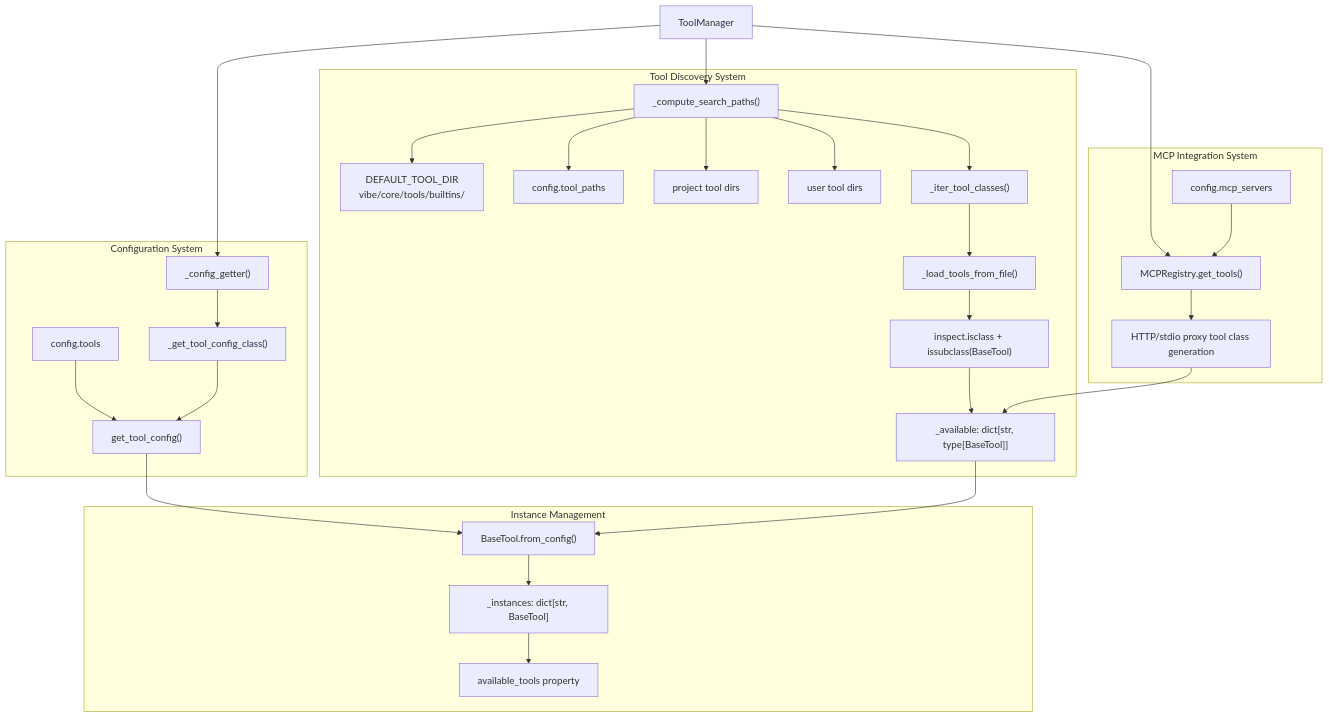
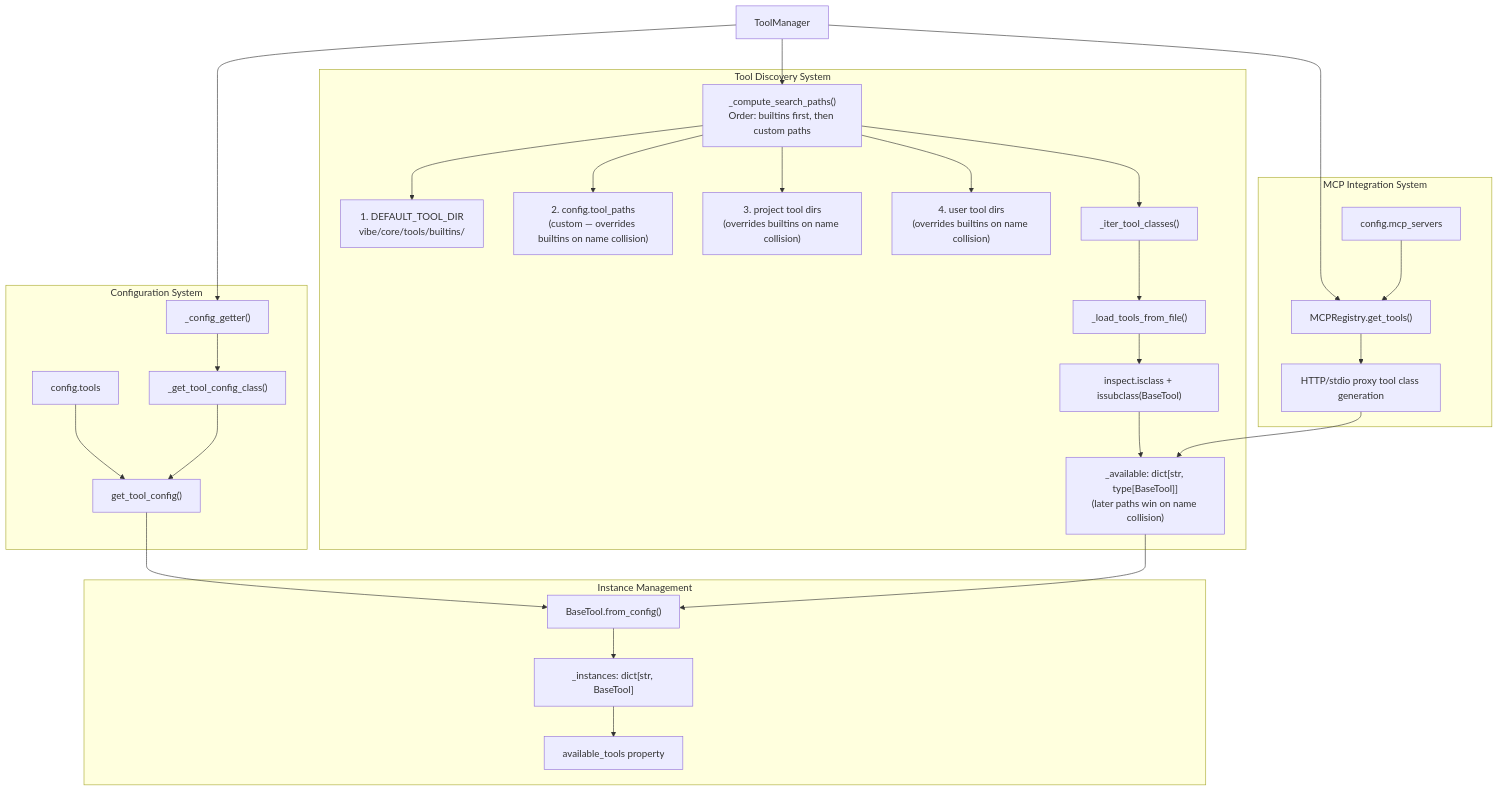
One commit to B-A-M-N/vibeflow changed the diagram in references/diagrams/tool-system.md. Above: the diagram before and after it, drawn with Mermaid. The commit also changed 24 other files, not shown here.

````diff
--- a/references/diagrams/tool-system.md
+++ b/references/diagrams/tool-system.md
@@ -12,59 +12,59 @@
 ```mermaid
 flowchart TB
   TM["ToolManager"]
 
   subgraph Discovery["Tool Discovery System"]
-    SearchPaths["_compute_search_paths()"]
-    DefaultDir["DEFAULT_TOOL_DIR\nvibe/core/tools/builtins/"]
-    ConfigPaths["config.tool_paths"]
-    ProjectTools["project tool dirs"]
-    UserTools["user tool dirs"]
+    SearchPaths["_compute_search_paths()\nOrder: builtins first, then custom paths"]
+    DefaultDir["1. DEFAULT_TOOL_DIR\nvibe/core/tools/builtins/"]
+    ConfigPaths["2. config.tool_paths\n(custom — overrides builtins on name collision)"]
+    ProjectTools["3. project tool dirs\n(overrides builtins on name collision)"]
+    UserTools["4. user tool dirs\n(overrides builtins on name collision)"]
     Iter["_iter_tool_classes()"]
     Load["_load_tools_from_file()"]
     Inspect["inspect.isclass + issubclass(BaseTool)"]
-    Available["_available: dict[str, type[BaseTool]]"]
+    Available["_available: dict[str, type[BaseTool]]\n(later paths win on name collision)"]
   end
 
   subgraph Config["Configuration System"]
     ConfigGetter["_config_getter()"]
     ToolConfigClass["_get_tool_config_class()"]
     ConfigTools["config.tools"]
     GetToolConfig["get_tool_config()"]
   end
 
   subgraph MCP["MCP Integration System"]
     MCPRegistry["MCPRegistry.get_tools()"]
     MCPServers["config.mcp_servers"]
     Proxy["HTTP/stdio proxy tool class generation"]
   end
 
   subgraph Instances["Instance Management"]
     FromConfig["BaseTool.from_config()"]
     InstancesDict["_instances: dict[str, BaseTool]"]
     AvailableTools["available_tools property"]
   end
 
   TM --> SearchPaths
   SearchPaths --> DefaultDir
   SearchPaths --> ConfigPaths
   SearchPaths --> ProjectTools
   SearchPaths --> UserTools
   SearchPaths --> Iter
   Iter --> Load
   Load --> Inspect
   Inspect --> Available
 
   TM --> MCPRegistry
   MCPServers --> MCPRegistry
   MCPRegistry --> Proxy
   Proxy --> Available
 
   TM --> ConfigGetter
   ConfigGetter --> ToolConfigClass
   ConfigTools --> GetToolConfig
   ToolConfigClass --> GetToolConfig
   GetToolConfig --> FromConfig
   Available --> FromConfig
   FromConfig --> InstancesDict
   InstancesDict --> AvailableTools
 ```
````
